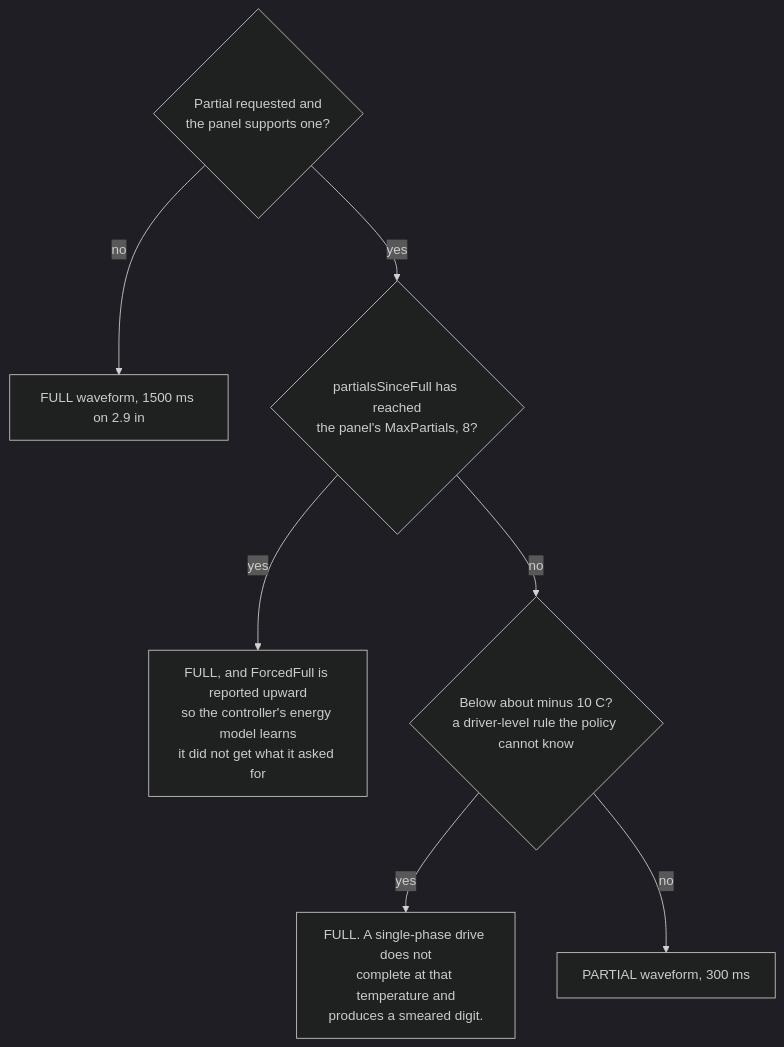
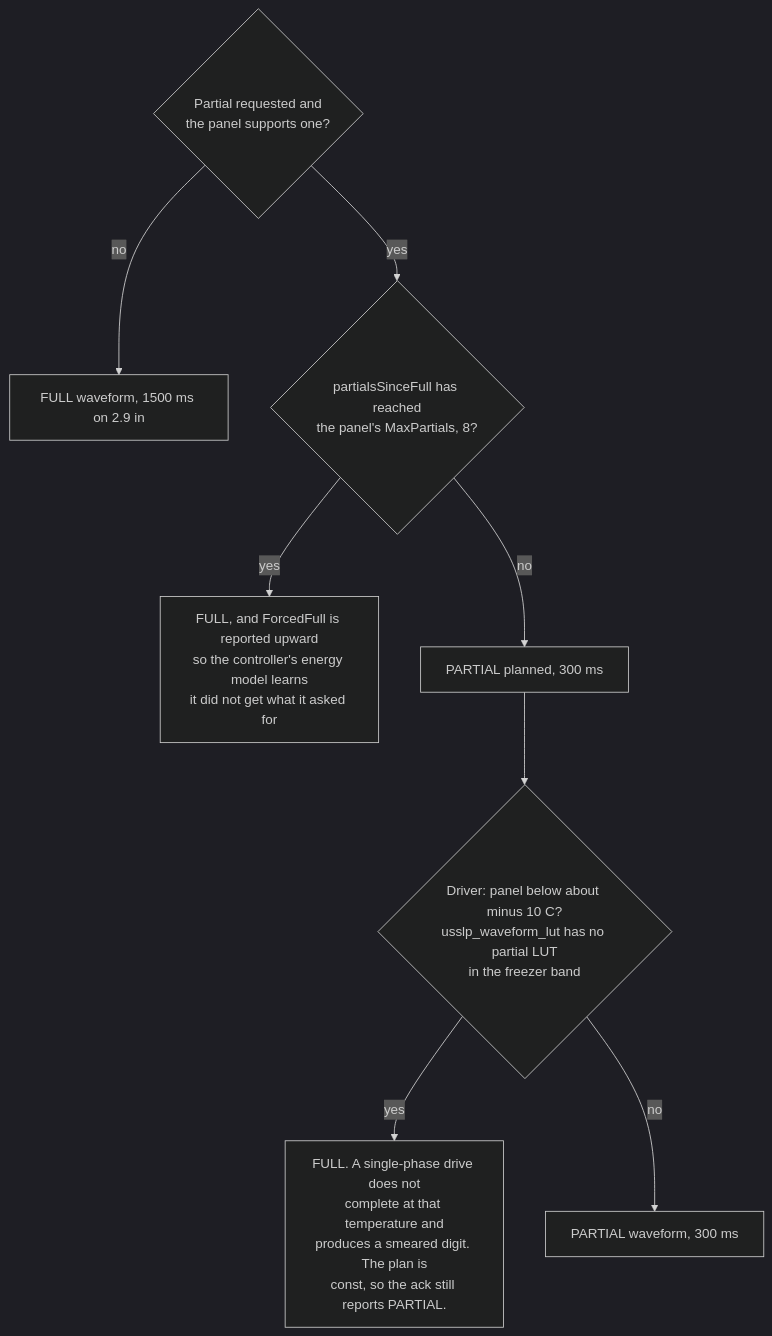
Diagram 11 of 14 in docs/architecture/07-flows.md (udaykishore-resu/usslp-platform), drawn with Mermaid (dark theme) before and after one commit. The commit also changed other lines of this file and 16 other files, not shown here.

First line of the commit message:
docs: add a diagram index, and audit every diagram against the code

````diff
--- a/docs/architecture/07-flows.md
+++ b/docs/architecture/07-flows.md
@@ -364,9 +367,10 @@
 ```mermaid
 flowchart TB
     l1{"Partial requested and<br/>the panel supports one?"} -->|"no"| lf1["FULL waveform, 1500 ms on 2.9 in"]
     l1 -->|"yes"| l2{"partialsSinceFull has reached<br/>the panel's MaxPartials, 8?"}
     l2 -->|"yes"| lf2["FULL, and ForcedFull is reported upward<br/>so the controller's energy model learns<br/>it did not get what it asked for"]
-    l2 -->|"no"| l3{"Below about minus 10 C?<br/>a driver-level rule the policy cannot know"}
-    l3 -->|"yes"| lf3["FULL. A single-phase drive does not<br/>complete at that temperature and<br/>produces a smeared digit."]
-    l3 -->|"no"| lp["PARTIAL waveform, 300 ms"]
+    l2 -->|"no"| lp["PARTIAL planned, 300 ms"]
+    lp --> d1{"Driver: panel below about minus 10 C?<br/>usslp_waveform_lut has no partial LUT<br/>in the freezer band"}
+    d1 -->|"yes"| d2["FULL. A single-phase drive does not<br/>complete at that temperature and<br/>produces a smeared digit. The plan is<br/>const, so the ack still reports PARTIAL."]
+    d1 -->|"no"| d3["PARTIAL waveform, 300 ms"]
 ```
````
